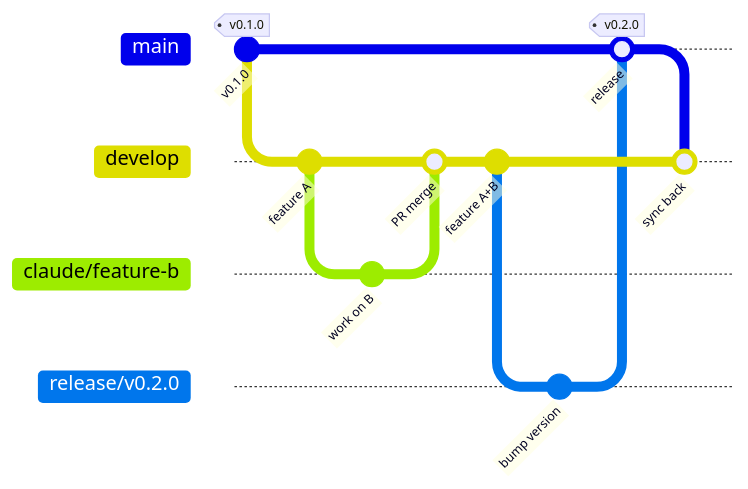
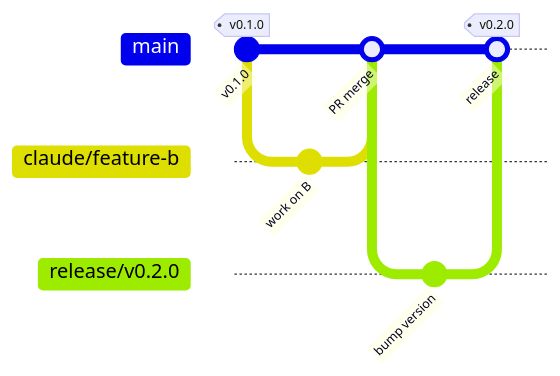
The diagram in docs/DEVELOPMENT.md (noppomario/uti), drawn with Mermaid before and after one commit. The commit also changed other lines of this file and 35 other files, not shown here.

````diff
--- a/docs/DEVELOPMENT.md
+++ b/docs/DEVELOPMENT.md
@@ -172,21 +158,15 @@
 ```mermaid
 %%{init: { 'gitGraph': {'mainBranchName': 'main'}} }%%
 gitGraph
     commit id: "v0.1.0" tag: "v0.1.0"
-    branch develop
-    checkout develop
-    commit id: "feature A"
     branch claude/feature-b
     checkout claude/feature-b
     commit id: "work on B"
-    checkout develop
+    checkout main
     merge claude/feature-b id: "PR merge"
-    commit id: "feature A+B"
     branch release/v0.2.0
     checkout release/v0.2.0
     commit id: "bump version"
     checkout main
     merge release/v0.2.0 id: "release" tag: "v0.2.0"
-    checkout develop
-    merge main id: "sync back"
 ```
````
